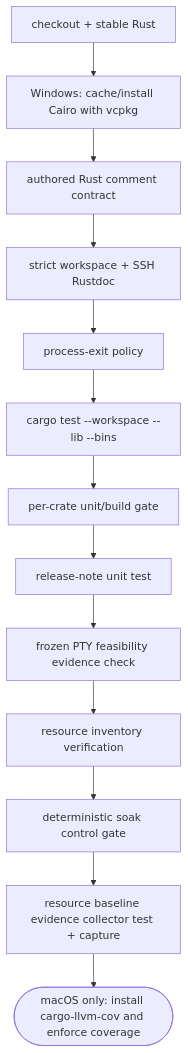
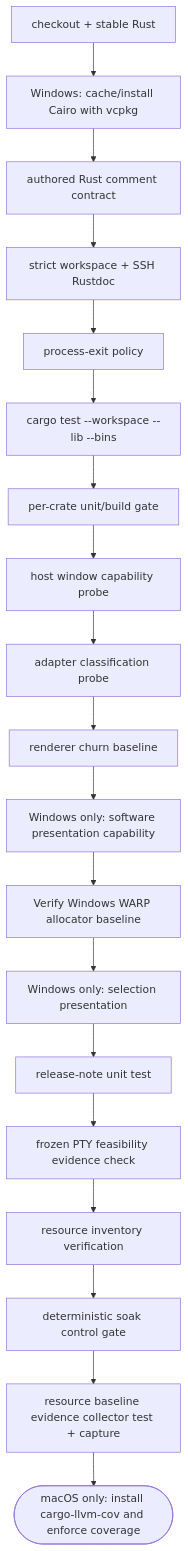
The first of 4 diagrams in wiki/Development-and-Release.md (D0n9X1n/SonicTerm), drawn with Mermaid before and after one commit. The commit also changed other lines of this file and 16 other files, not shown here.

````diff
--- a/wiki/Development-and-Release.md
+++ b/wiki/Development-and-Release.md
@@ -153,29 +159,41 @@
 ```mermaid
 flowchart TD
     checkout["checkout + stable Rust"]
     cairo["Windows: cache/install Cairo with vcpkg"]
     comments["authored Rust comment contract"]
     rustdoc["strict workspace + SSH Rustdoc"]
     exitpolicy["process-exit policy"]
     wstest["cargo test --workspace --lib --bins"]
     percrate["per-crate unit/build gate"]
+    hostprobe["host window capability probe"]
+    adapterprobe["adapter classification probe"]
+    churn["renderer churn baseline"]
+    softpresent["Windows only: software presentation capability"]
+    warp["Verify Windows WARP allocator baseline"]
+    selection["Windows only: selection presentation"]
     notes["release-note unit test"]
     pty["frozen PTY feasibility evidence check"]
     inventory["resource inventory verification"]
     soak["deterministic soak control gate"]
     baseline["resource baseline evidence collector test + capture"]
     coverage(["macOS only: install cargo-llvm-cov and enforce coverage"])
 
     checkout --> cairo
     cairo --> comments
     comments --> rustdoc
     rustdoc --> exitpolicy
     exitpolicy --> wstest
     wstest --> percrate
-    percrate --> notes
+    percrate --> hostprobe
+    hostprobe --> adapterprobe
+    adapterprobe --> churn
+    churn --> softpresent
+    softpresent --> warp
+    warp --> selection
+    selection --> notes
     notes --> pty
     pty --> inventory
     inventory --> soak
     soak --> baseline
     baseline --> coverage
 ```
````
